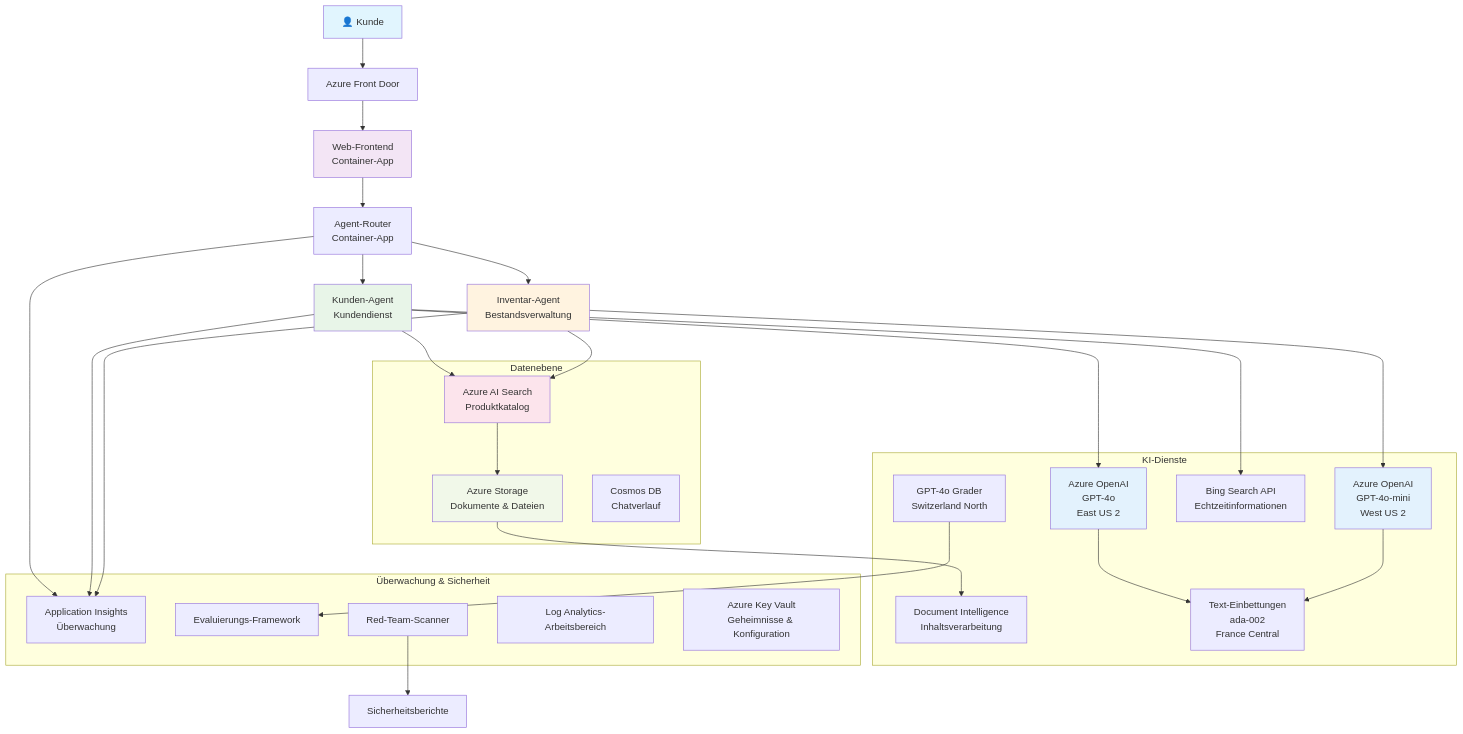
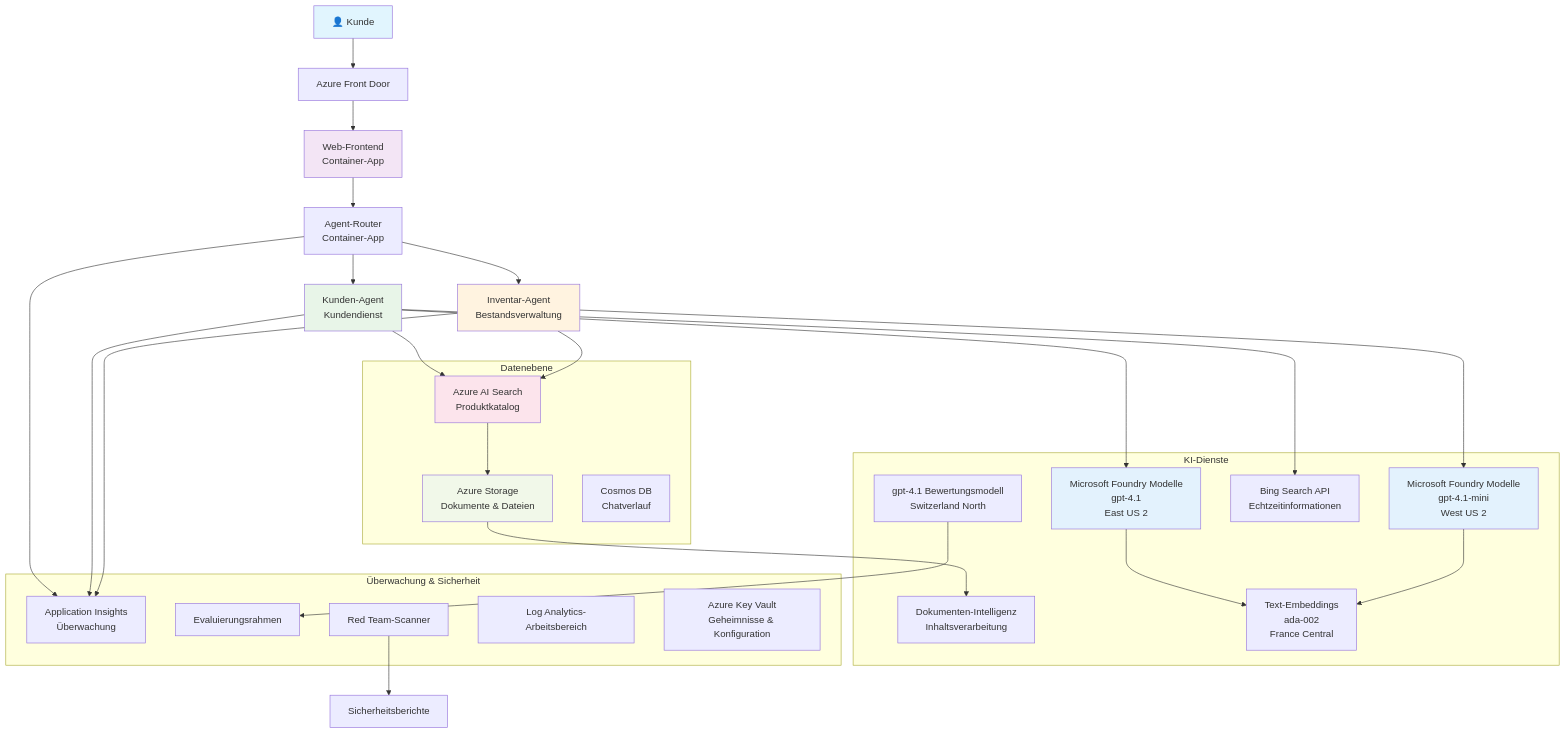
The diagram in translations/de/examples/retail-scenario.md (microsoft/AZD-for-beginners), drawn with Mermaid before and after one commit. The commit also changed other lines of this file and 101 other files, not shown here.

````diff
--- a/translations/de/examples/retail-scenario.md
+++ b/translations/de/examples/retail-scenario.md
@@ -139,61 +139,61 @@
 ```mermaid
 graph TB
     User[👤 Kunde] --> LB[Azure Front Door]
     LB --> WebApp[Web-Frontend<br/>Container-App]
     
     WebApp --> Router[Agent-Router<br/>Container-App]
     Router --> CustomerAgent[Kunden-Agent<br/>Kundendienst]
     Router --> InvAgent[Inventar-Agent<br/>Bestandsverwaltung]
     
-    CustomerAgent --> OpenAI1[Azure OpenAI<br/>GPT-4o<br/>East US 2]
-    InvAgent --> OpenAI2[Azure OpenAI<br/>GPT-4o-mini<br/>West US 2]
+    CustomerAgent --> OpenAI1[Microsoft Foundry Modelle<br/>gpt-4.1<br/>East US 2]
+    InvAgent --> OpenAI2[Microsoft Foundry Modelle<br/>gpt-4.1-mini<br/>West US 2]
     
     CustomerAgent --> AISearch[Azure AI Search<br/>Produktkatalog]
     CustomerAgent --> BingSearch[Bing Search API<br/>Echtzeitinformationen]
     InvAgent --> AISearch
     
     AISearch --> Storage[Azure Storage<br/>Dokumente & Dateien]
-    Storage --> DocIntel[Document Intelligence<br/>Inhaltsverarbeitung]
+    Storage --> DocIntel[Dokumenten-Intelligenz<br/>Inhaltsverarbeitung]
     
-    OpenAI1 --> Embeddings[Text-Einbettungen<br/>ada-002<br/>France Central]
+    OpenAI1 --> Embeddings[Text-Embeddings<br/>ada-002<br/>France Central]
     OpenAI2 --> Embeddings
     
     Router --> AppInsights[Application Insights<br/>Überwachung]
     CustomerAgent --> AppInsights
     InvAgent --> AppInsights
     
-    GraderModel[GPT-4o Grader<br/>Switzerland North] --> Evaluation[Evaluierungs-Framework]
-    RedTeam[Red-Team-Scanner] --> SecurityReports[Sicherheitsberichte]
+    GraderModel[gpt-4.1 Bewertungsmodell<br/>Switzerland North] --> Evaluation[Evaluierungsrahmen]
+    RedTeam[Red Team-Scanner] --> SecurityReports[Sicherheitsberichte]
     
     subgraph "Datenebene"
         Storage
         AISearch
         CosmosDB[Cosmos DB<br/>Chatverlauf]
     end
     
     subgraph "KI-Dienste"
         OpenAI1
         OpenAI2
         Embeddings
         GraderModel
         DocIntel
         BingSearch
     end
     
     subgraph "Überwachung & Sicherheit"
         AppInsights
         LogAnalytics[Log Analytics-Arbeitsbereich]
         KeyVault[Azure Key Vault<br/>Geheimnisse & Konfiguration]
         RedTeam
         Evaluation
     end
     
     style User fill:#e1f5fe
     style WebApp fill:#f3e5f5
     style CustomerAgent fill:#e8f5e8
     style InvAgent fill:#fff3e0
     style OpenAI1 fill:#e3f2fd
     style OpenAI2 fill:#e3f2fd
     style AISearch fill:#fce4ec
     style Storage fill:#f1f8e9
 ```
````
